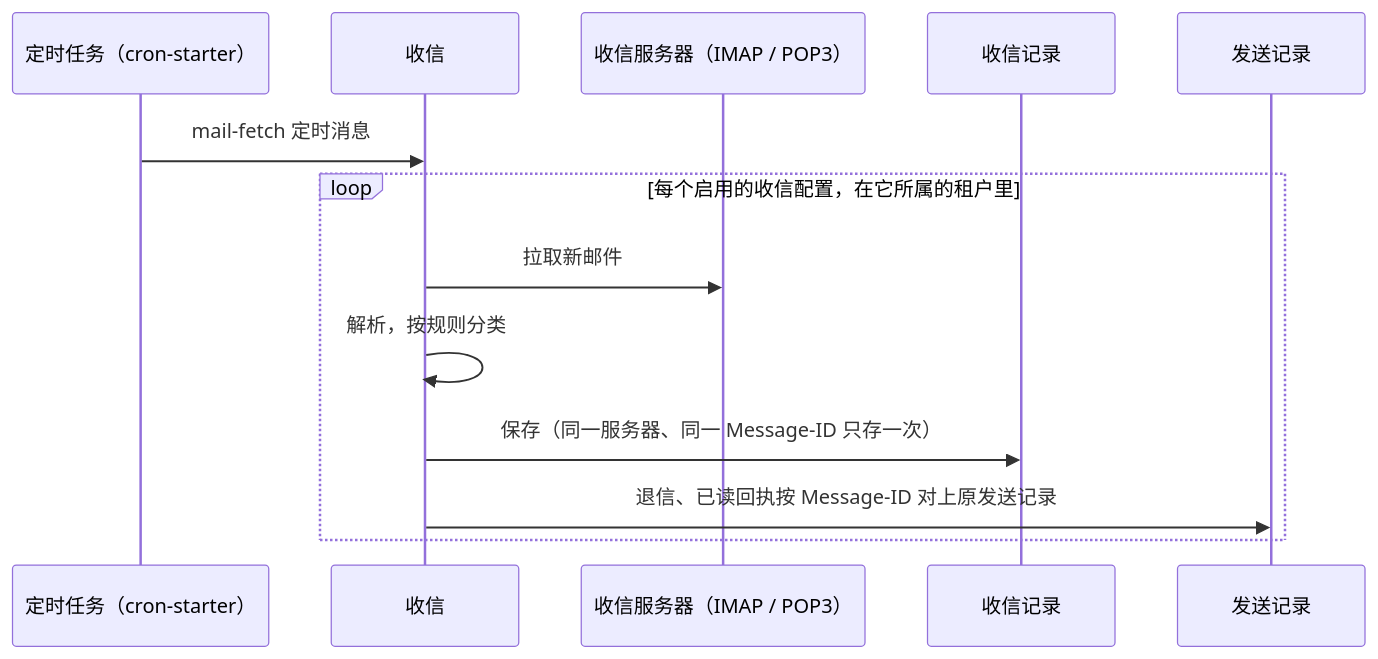
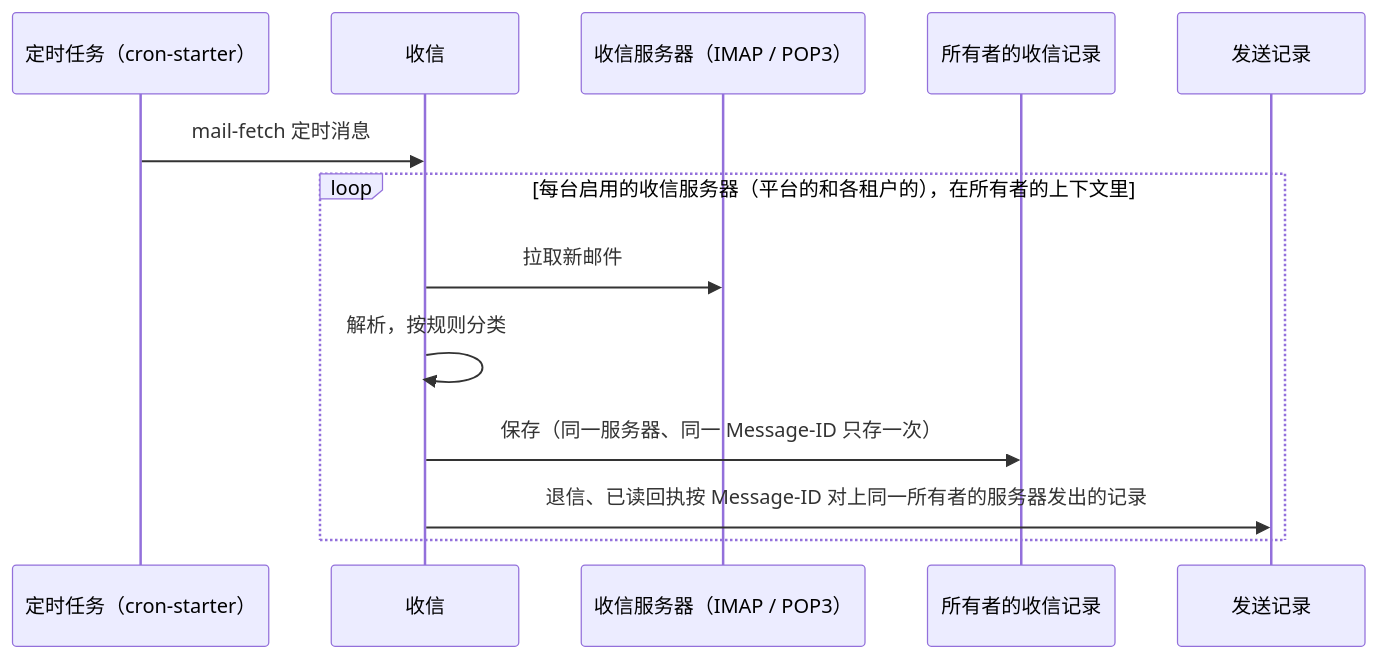
One commit to softa-io/softa-docs changed the diagram in content/zh-CN/docs/features/message/email.mdx. Above: the diagram before and after it, drawn with Mermaid. The commit also changed other lines of this file and 27 other files, not shown here.

````diff
--- a/content/zh-CN/docs/features/message/email.mdx
+++ b/content/zh-CN/docs/features/message/email.mdx
@@ -163,15 +189,15 @@
 ```mermaid
 sequenceDiagram
     participant C as 定时任务（cron-starter）
     participant M as 收信
     participant S as 收信服务器（IMAP / POP3）
-    participant RR as 收信记录
+    participant RR as 所有者的收信记录
     participant SR as 发送记录
     C->>M: mail-fetch 定时消息
-    loop 每个启用的收信配置，在它所属的租户里
+    loop 每台启用的收信服务器（平台的和各租户的），在所有者的上下文里
         M->>S: 拉取新邮件
         M->>M: 解析，按规则分类
         M->>RR: 保存（同一服务器、同一 Message-ID 只存一次）
-        M->>SR: 退信、已读回执按 Message-ID 对上原发送记录
+        M->>SR: 退信、已读回执按 Message-ID 对上同一所有者的服务器发出的记录
     end
 ```
````
